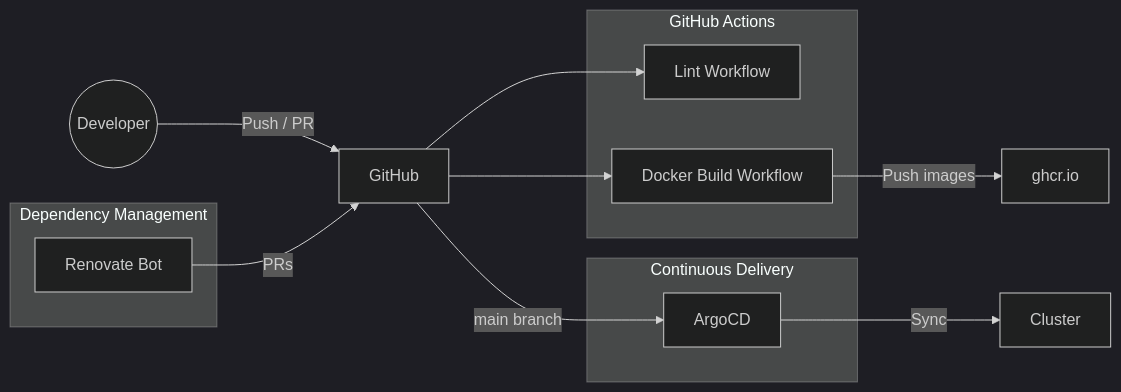
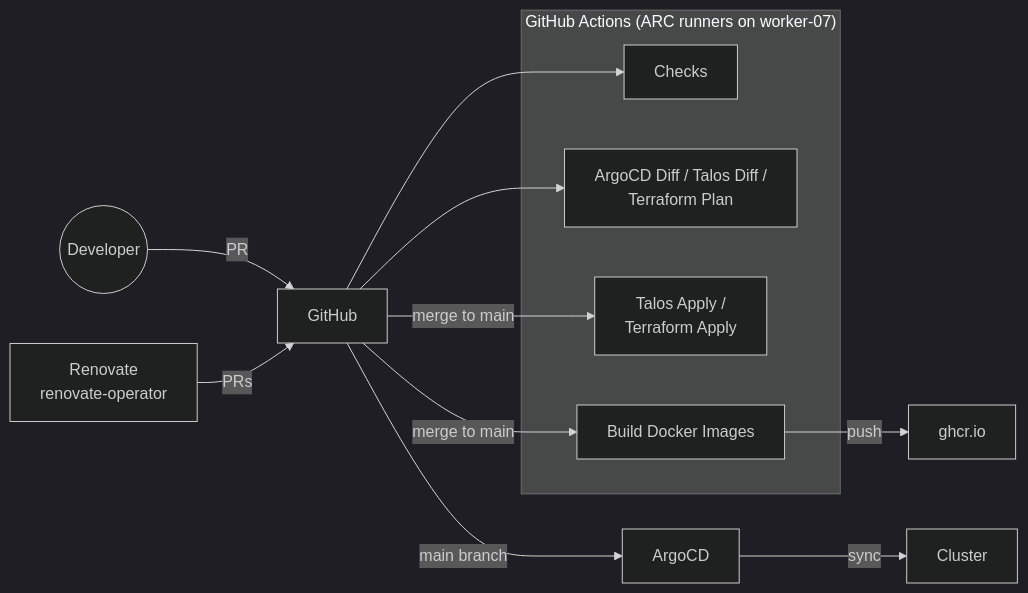
One commit to swibrow/home-ops changed the diagram in docs/ci-cd/index.md. Above: the diagram before and after it, drawn with Mermaid (dark theme). The commit also changed other lines of this file and 105 other files, not shown here.

````diff
--- a/docs/ci-cd/index.md
+++ b/docs/ci-cd/index.md
@@ -11,24 +11,20 @@
 ```mermaid
 flowchart LR
-    Dev((Developer)) -->|Push / PR| GitHub[GitHub]
+    Dev((Developer)) -->|PR| GitHub[GitHub]
+    Renovate[Renovate\nrenovate-operator] -->|PRs| GitHub
 
-    subgraph CI["GitHub Actions"]
-        Lint[Lint Workflow]
-        Build[Docker Build Workflow]
+    subgraph CI["GitHub Actions (ARC runners on worker-07)"]
+        Checks[Checks]
+        Diff[ArgoCD Diff / Talos Diff /\nTerraform Plan]
+        Apply[Talos Apply /\nTerraform Apply]
+        Build[Build Docker Images]
     end
 
-    subgraph Updates["Dependency Management"]
-        Renovate[Renovate Bot]
-    end
-
-    subgraph CD["Continuous Delivery"]
-        ArgoCD[ArgoCD]
-    end
-
-    GitHub --> Lint
-    GitHub --> Build
-    Renovate -->|PRs| GitHub
-    Build -->|Push images| GHCR[ghcr.io]
-    GitHub -->|main branch| ArgoCD
-    ArgoCD -->|Sync| Cluster[Cluster]
+    GitHub --> Checks
+    GitHub --> Diff
+    GitHub -->|merge to main| Apply
+    GitHub -->|merge to main| Build
+    Build -->|push| GHCR[ghcr.io]
+    GitHub -->|main branch| ArgoCD[ArgoCD]
+    ArgoCD -->|sync| Cluster[Cluster]
 ```
````
